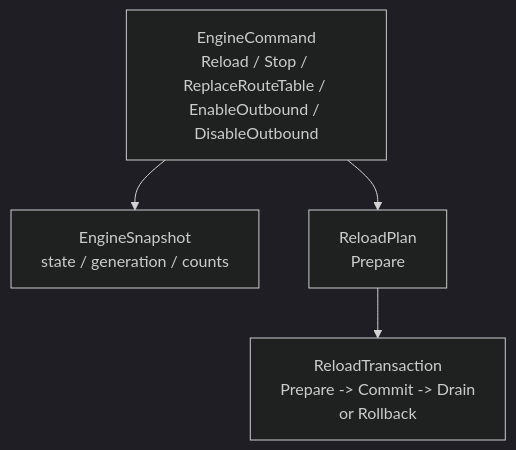
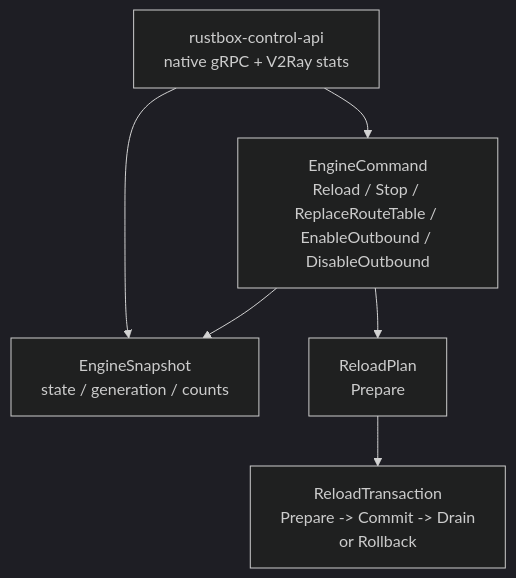
One commit to loafman1120/RustBox changed the fourth of 9 diagrams in docs/current-architecture.md. Above: the diagram before and after it, drawn with Mermaid (dark theme). The commit also changed other lines of this file and 18 other files, not shown here.

````diff
--- a/docs/current-architecture.md
+++ b/docs/current-architecture.md
@@ -334,11 +337,14 @@
 ```mermaid
 flowchart TB
     CMD["EngineCommand\nReload / Stop / ReplaceRouteTable / EnableOutbound / DisableOutbound"]
     SNAP["EngineSnapshot\nstate / generation / counts"]
     PLAN["ReloadPlan\nPrepare"]
     TX["ReloadTransaction\nPrepare -> Commit -> Drain\nor Rollback"]
+    API["rustbox-control-api\nnative gRPC + V2Ray stats"]
 
     CMD --> SNAP
     CMD --> PLAN
     PLAN --> TX
+    API --> CMD
+    API --> SNAP
 ```
````
